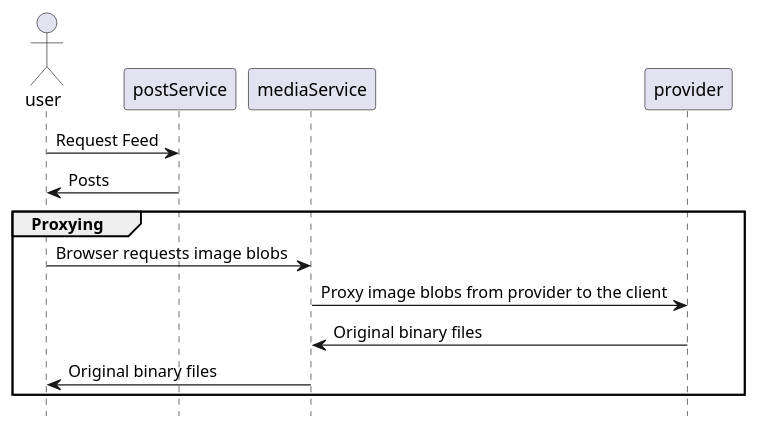
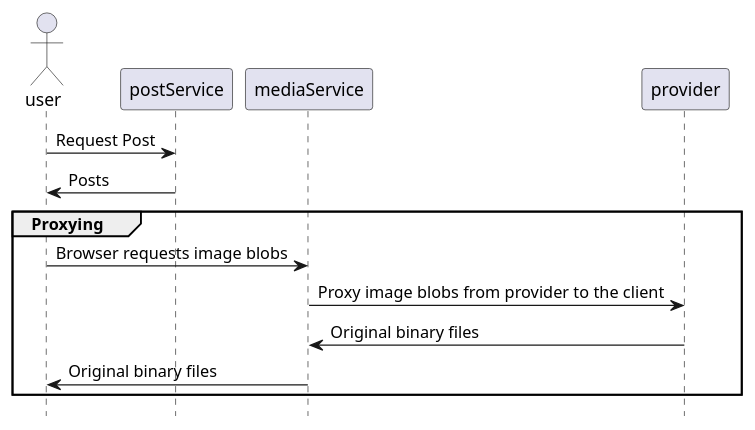
One commit to saifaldin/diagrams changed the diagram in post.requestFeed.sequenceDiagram.plantuml. Above: the diagram before and after it, drawn with PlantUML. The commit also changed 3 other files, not shown here.

```diff
--- a/post.requestFeed.sequenceDiagram.plantuml
+++ b/post.requestFeed.sequenceDiagram.plantuml
@@ -1,18 +1,18 @@
 @startuml
 hide footbox
 
 actor user
 
 participant postService
 participant mediaService
 participant provider
 
-user -> postService : Request Feed
+user -> postService : Request Post
 postService -> user: Posts
 group Proxying
 user -> mediaService : Browser requests image blobs
 mediaService -> provider : Proxy image blobs from provider to the client
 provider -> mediaService : Original binary files
 mediaService -> user : Original binary files
 end
 @enduml
```
